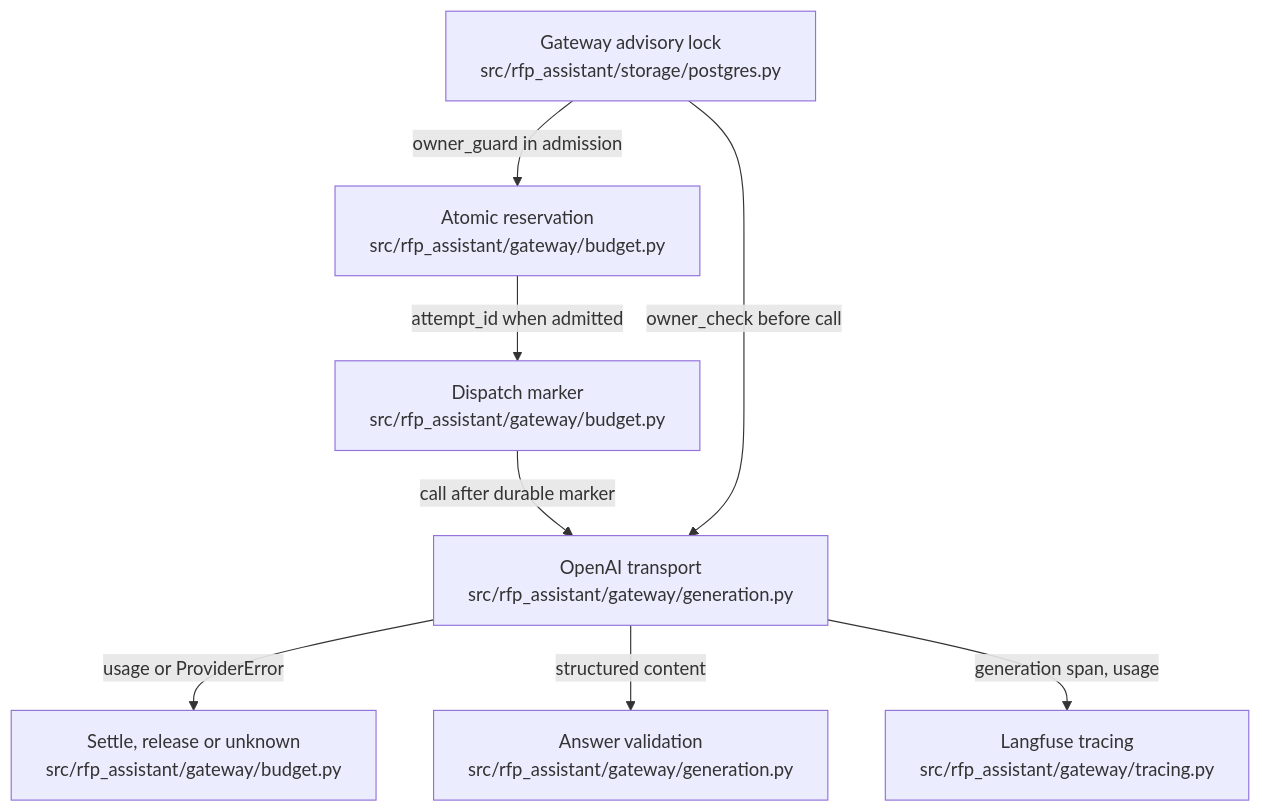
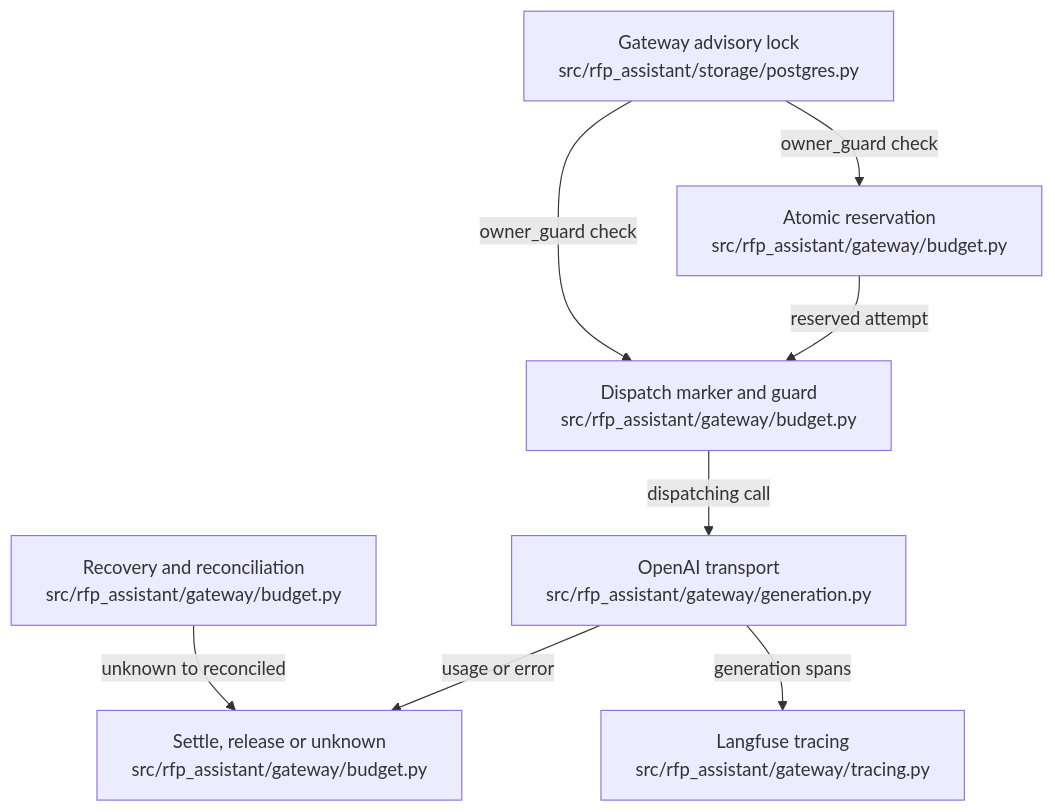
The diagram in .omm/overall-architecture/paid-gateway/diagram.mmd (littleeeeebit/project-codeit-mid), drawn with Mermaid before and after one commit. The commit also changed 367 other files, not shown here.

```diff
--- a/.omm/overall-architecture/paid-gateway/diagram.mmd
+++ b/.omm/overall-architecture/paid-gateway/diagram.mmd
@@ -1,15 +1,15 @@
 graph TD
-  gateway-owner["Gateway advisory lock\nsrc/rfp_assistant/storage/postgres.py"]
+  owner-lock["Gateway advisory lock\nsrc/rfp_assistant/storage/postgres.py"]
   reserve["Atomic reservation\nsrc/rfp_assistant/gateway/budget.py"]
-  dispatch-marker["Dispatch marker\nsrc/rfp_assistant/gateway/budget.py"]
+  dispatch-guard["Dispatch marker and guard\nsrc/rfp_assistant/gateway/budget.py"]
   transport["OpenAI transport\nsrc/rfp_assistant/gateway/generation.py"]
   settlement["Settle, release or unknown\nsrc/rfp_assistant/gateway/budget.py"]
-  answer-validation["Answer validation\nsrc/rfp_assistant/gateway/generation.py"]
+  reconciliation["Recovery and reconciliation\nsrc/rfp_assistant/gateway/budget.py"]
   tracing["Langfuse tracing\nsrc/rfp_assistant/gateway/tracing.py"]
-  gateway-owner -->|"owner_guard in admission"| reserve
-  reserve -->|"attempt_id when admitted"| dispatch-marker
-  dispatch-marker -->|"call after durable marker"| transport
-  gateway-owner -->|"owner_check before call"| transport
-  transport -->|"usage or ProviderError"| settlement
-  transport -->|"structured content"| answer-validation
-  transport -->|"generation span, usage"| tracing
+  owner-lock -->|owner_guard check| reserve
+  reserve -->|reserved attempt| dispatch-guard
+  owner-lock -->|owner_guard check| dispatch-guard
+  dispatch-guard -->|dispatching call| transport
+  transport -->|usage or error| settlement
+  reconciliation -->|unknown to reconciled| settlement
+  transport -->|generation spans| tracing
```
